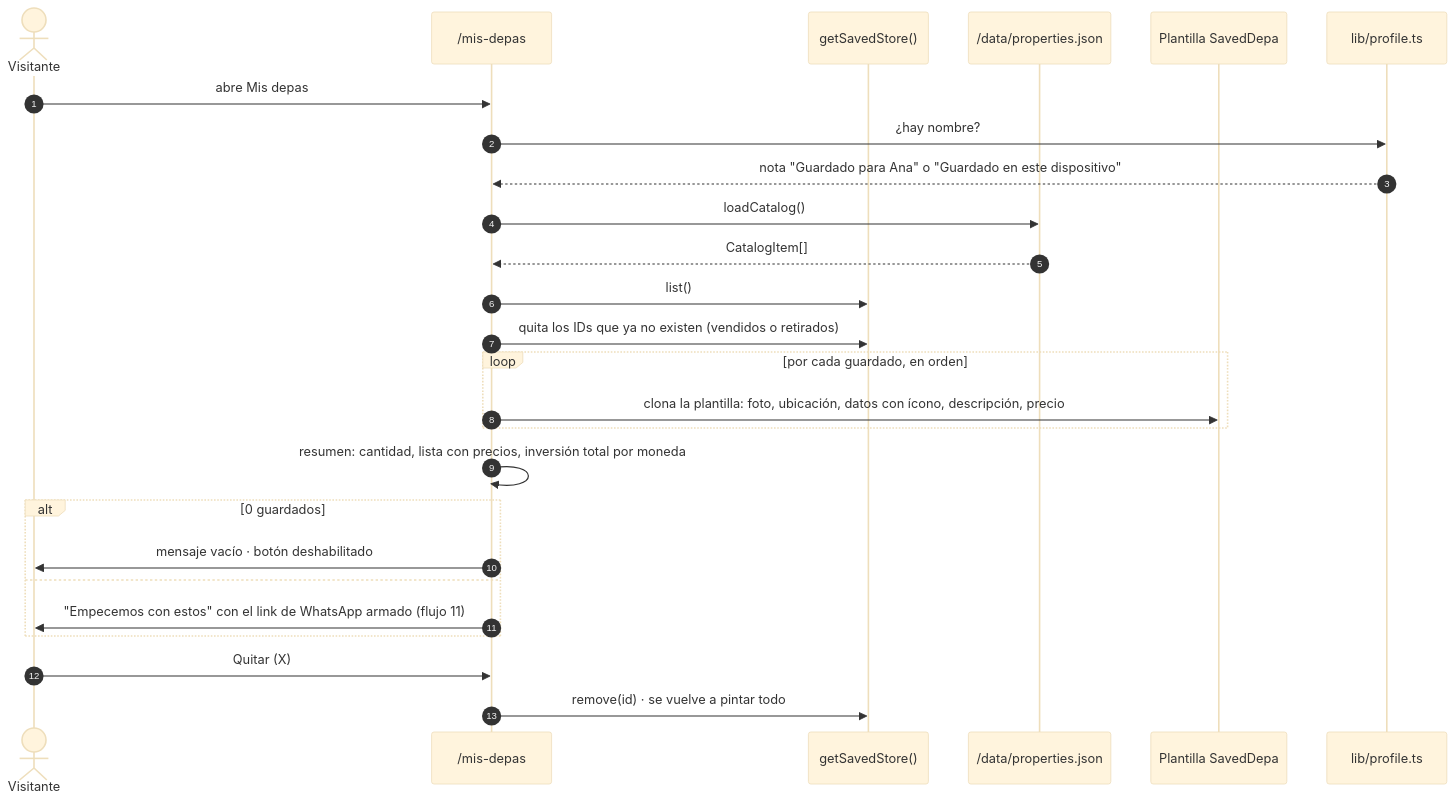
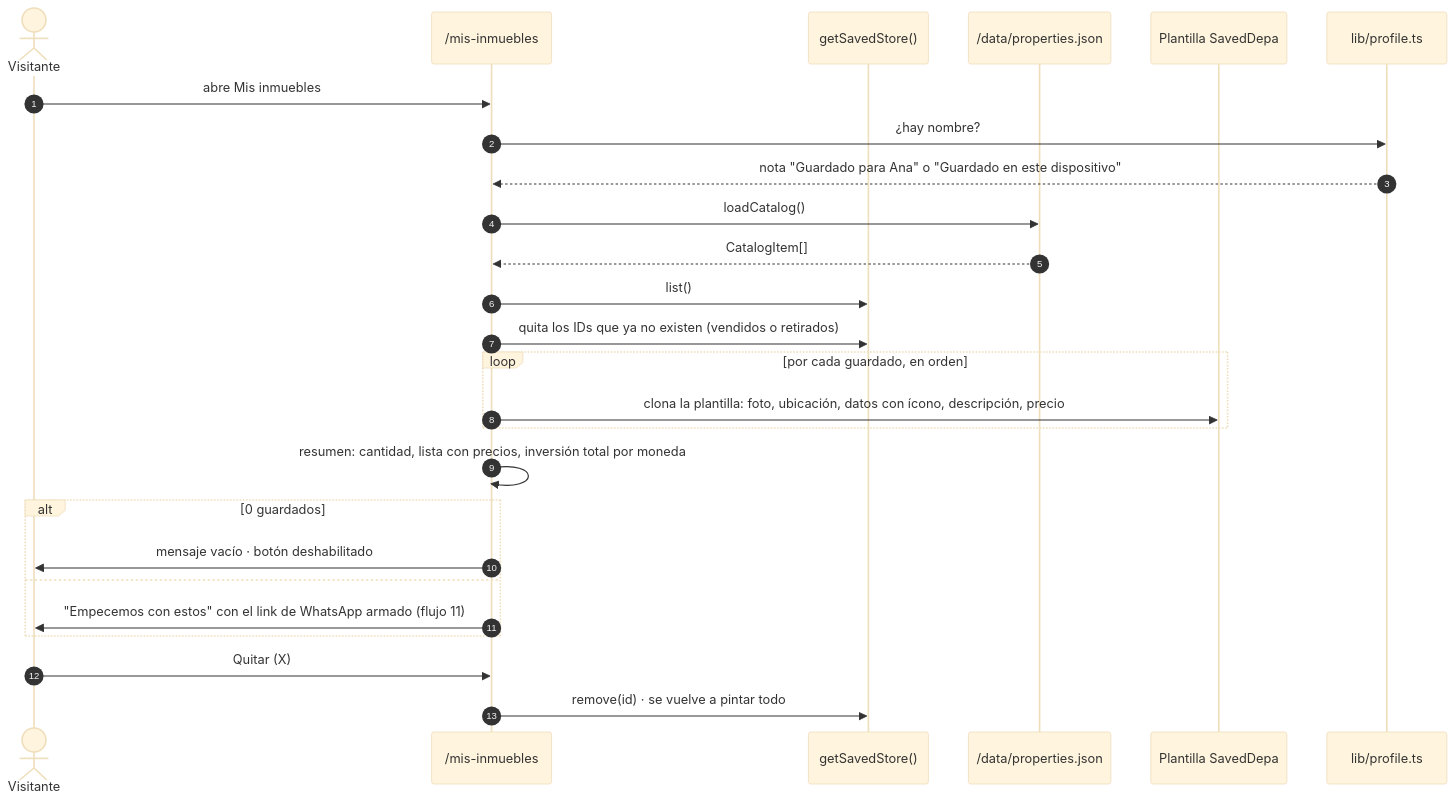
One commit to samirharrytl/DHC_landing changed diagram 12 of 18 in docs/plataforma/05-flujos.md. Above: the diagram before and after it, drawn with Mermaid (base theme). The commit also changed other lines of this file and 72 other files, not shown here.

First line of the commit message:
Fuente Poppins como depahostperu.com, "Mis depas" pasa a "Mis inmuebles" y cambios en API y panel

````diff
--- a/docs/plataforma/05-flujos.md
+++ b/docs/plataforma/05-flujos.md
@@ -418,29 +418,29 @@
 ```mermaid
 sequenceDiagram
     autonumber
     actor V as Visitante
-    participant P as /mis-depas
+    participant P as /mis-inmuebles
     participant ST as getSavedStore()
     participant CAT as /data/properties.json
     participant T as Plantilla SavedDepa
     participant PR as lib/profile.ts
 
-    V->>P: abre Mis depas
+    V->>P: abre Mis inmuebles
     P->>PR: ¿hay nombre?
     PR-->>P: nota "Guardado para Ana" o "Guardado en este dispositivo"
     P->>CAT: loadCatalog()
     CAT-->>P: CatalogItem[]
     P->>ST: list()
     P->>ST: quita los IDs que ya no existen (vendidos o retirados)
     loop por cada guardado, en orden
         P->>T: clona la plantilla: foto, ubicación, datos con ícono, descripción, precio
     end
     P->>P: resumen: cantidad, lista con precios, inversión total por moneda
     alt 0 guardados
         P->>V: mensaje vacío · botón deshabilitado
     else
         P->>V: "Empecemos con estos" con el link de WhatsApp armado (flujo 11)
     end
     V->>P: Quitar (X)
     P->>ST: remove(id) · se vuelve a pintar todo
 ```
````
